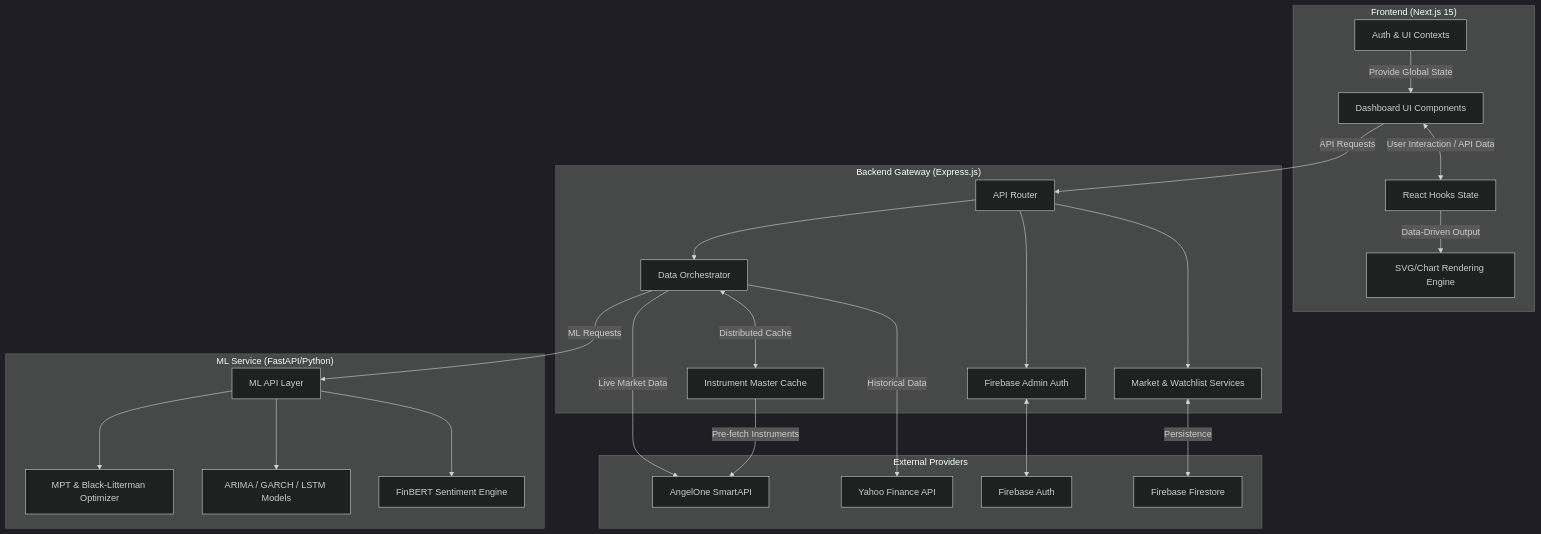
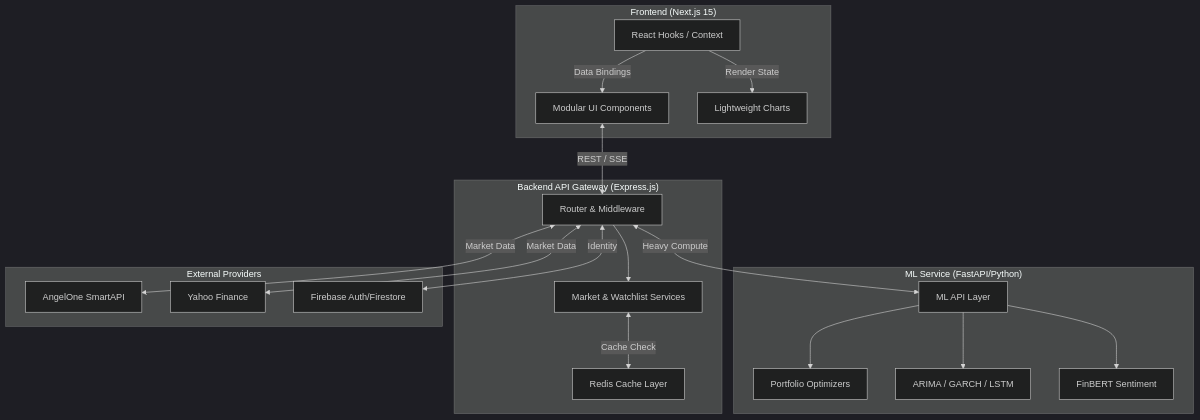
One commit to ojhaprathmesh/AngelFive_DSFM_Repo changed the diagram in README.md. Above: the diagram before and after it, drawn with Mermaid (dark theme). The commit also changed other lines of this file and 3 other files, not shown here.

First line of the commit message:
v6.0.7: docs(readme): update architecture and platform engineering documentation

````diff
--- a/README.md
+++ b/README.md
@@ -70,55 +72,40 @@
 ```mermaid
 graph TD
     subgraph "Frontend (Next.js 15)"
-        Ctx[Auth & UI Contexts]
-        UI[Dashboard UI Components]
-        State[React Hooks State]
-        Viz[SVG/Chart Rendering Engine]
-
-        Ctx -->|Provide Global State| UI
-        UI <-->|User Interaction / API Data| State
-        State -->|Data-Driven Output| Viz
+        UI[Modular UI Components]
+        State[React Hooks / Context]
+        Viz[Lightweight Charts]
+        
+        State -->|Data Bindings| UI
+        State -->|Render State| Viz
     end
 
-    subgraph "Backend Gateway (Express.js)"
-        Auth[Firebase Admin Auth]
-        Router[API Router]
-        Cache[Instrument Master Cache]
-        Orch[Data Orchestrator]
+    subgraph "Backend API Gateway (Express.js)"
+        Router[Router & Middleware]
+        Redis[Redis Cache Layer]
         MarketSvc[Market & Watchlist Services]
-
-        Router --> Auth
-        Router --> Orch
+        
         Router --> MarketSvc
-        Orch <-->|Distributed Cache| Cache
+        MarketSvc <-->|Cache Check| Redis
     end
 
     subgraph "ML Service (FastAPI/Python)"
         ML_API[ML API Layer]
-        Optim[MPT & Black-Litterman Optimizer]
-        TS[ARIMA / GARCH / LSTM Models]
-        NLP[FinBERT Sentiment Engine]
-
-        ML_API --> Optim
-        ML_API --> TS
-        ML_API --> NLP
+        Optim[Portfolio Optimizers]
+        TS[ARIMA / GARCH / LSTM]
+        NLP[FinBERT Sentiment]
+        
+        ML_API --> Optim & TS & NLP
     end
 
     subgraph "External Providers"
         A1[AngelOne SmartAPI]
-        YF[Yahoo Finance API]
-        FB_Auth[Firebase Auth]
-        FB_Store[Firebase Firestore]
+        YF[Yahoo Finance]
+        FB[Firebase Auth/Firestore]
     end
 
-    UI -->|API Requests| Router
-
-    Orch -->|Historical Data| YF
-    Orch -->|Live Market Data| A1
-    Orch -->|ML Requests| ML_API
-
-    Cache -->|Pre-fetch Instruments| A1
-
-    Auth <--> FB_Auth
-    MarketSvc <-->|Persistence| FB_Store
+    UI <-->|REST / SSE| Router
+    Router <-->|Heavy Compute| ML_API
+    Router <-->|Market Data| A1 & YF
+    Router <-->|Identity| FB
 ```
````
